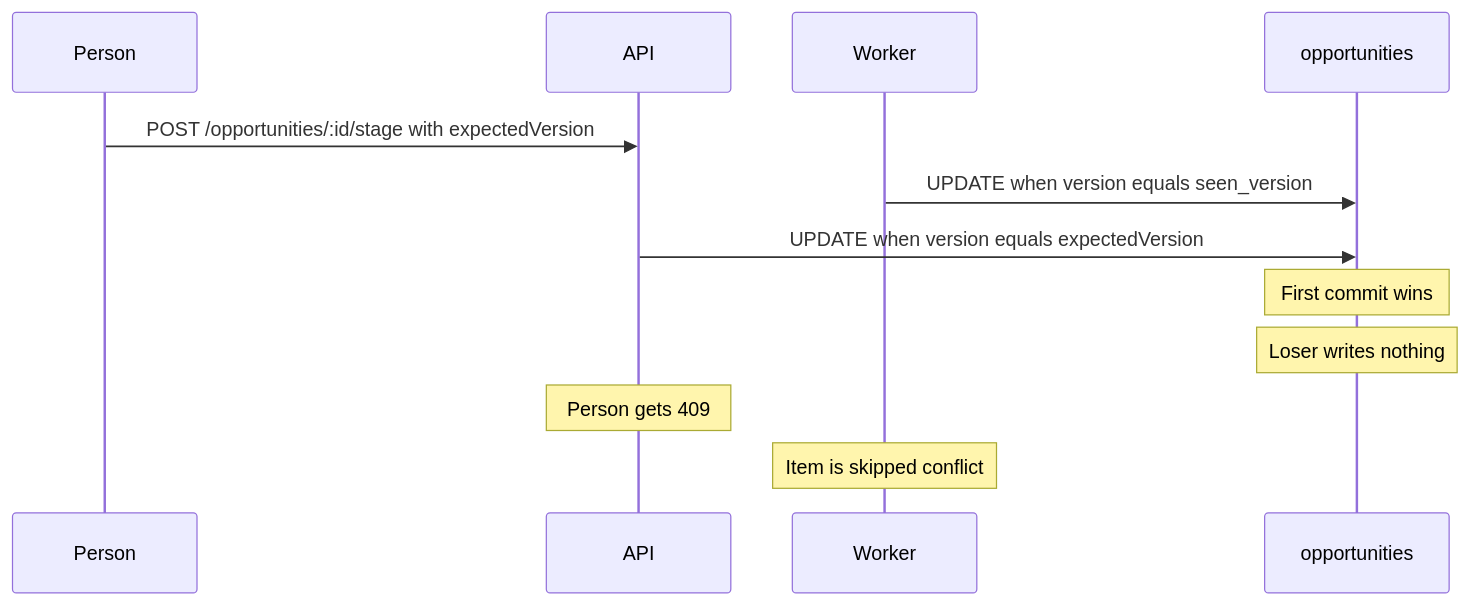
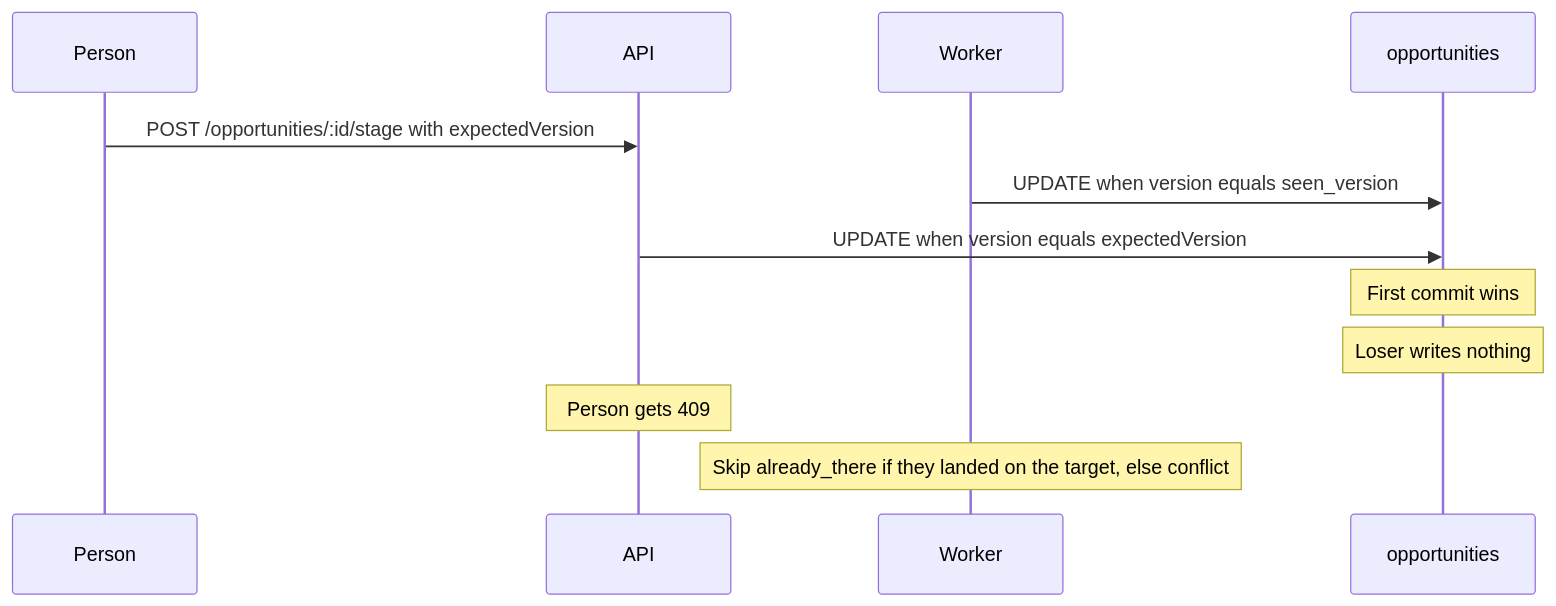
One commit to khushal-sahni/highlevel_31oct changed the sixth of 8 diagrams in DESIGN.md. Above: the diagram before and after it, drawn with Mermaid. The commit also changed other lines of this file and 5 other files, not shown here.

````diff
--- a/DESIGN.md
+++ b/DESIGN.md
@@ -187,15 +187,15 @@
 ```mermaid
 sequenceDiagram
   participant Person
   participant API
   participant Worker
   participant Row as opportunities
 
   Person->>API: POST /opportunities/:id/stage with expectedVersion
   Worker->>Row: UPDATE when version equals seen_version
   API->>Row: UPDATE when version equals expectedVersion
   Note over Row: First commit wins
   Note over Row: Loser writes nothing
   Note over API: Person gets 409
-  Note over Worker: Item is skipped conflict
+  Note over Worker: Skip already_there if they landed on the target, else conflict
 ```
````
